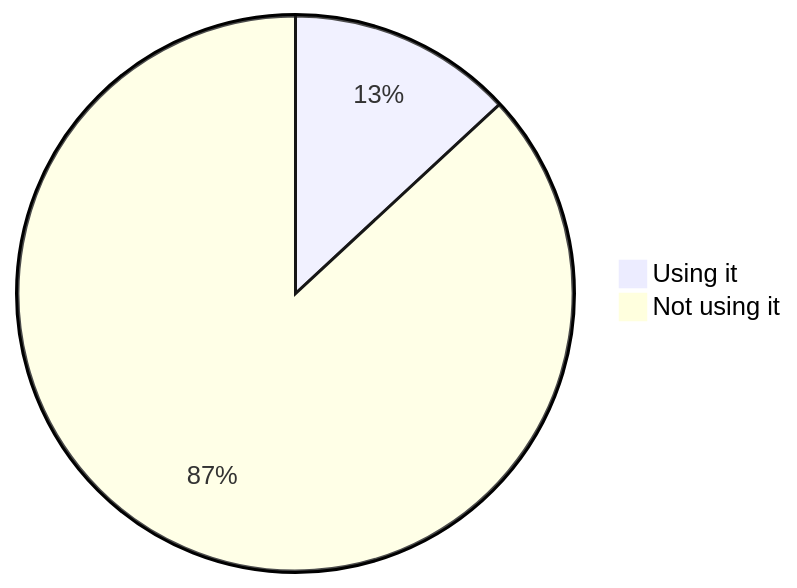
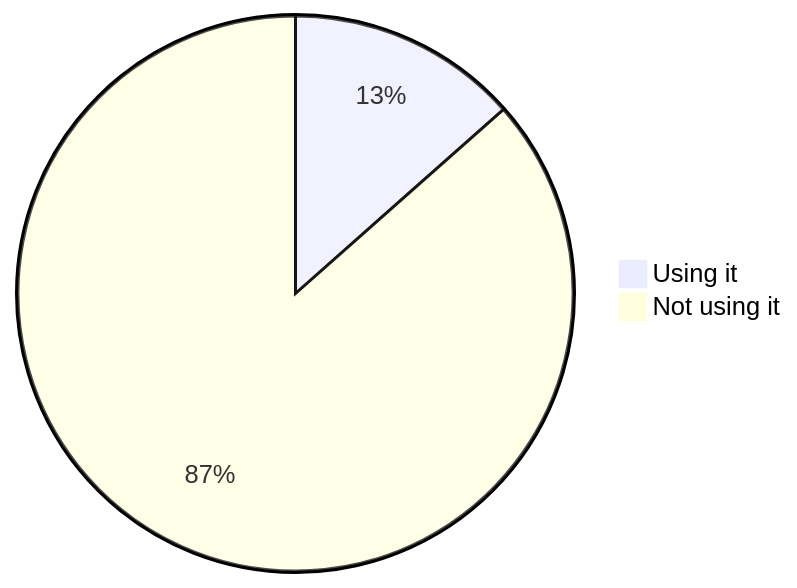
Before and after one commit to oshp/oshp-stats: diagram 13 of 22 in stats.md, drawn with Mermaid. The commit also changed other lines of this file, not shown here.

````diff
--- a/stats.md
+++ b/stats.md
@@ -154,6 +154,6 @@
 ```mermaid
 pie
-	"Using it" : 13.1
-	"Not using it" : 86.9
+	"Using it" : 13.47
+	"Not using it" : 86.53
 
 ```
````
